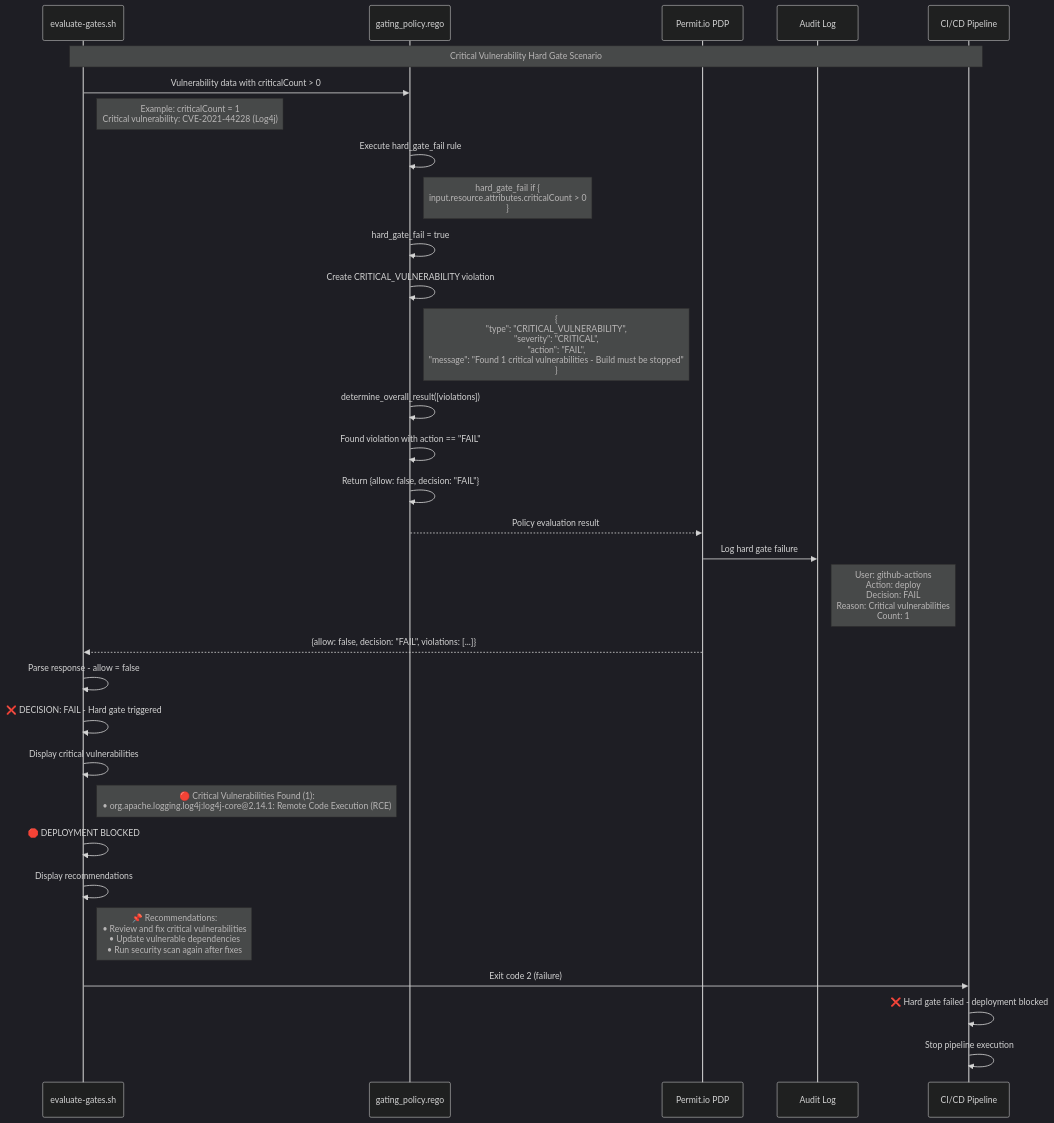
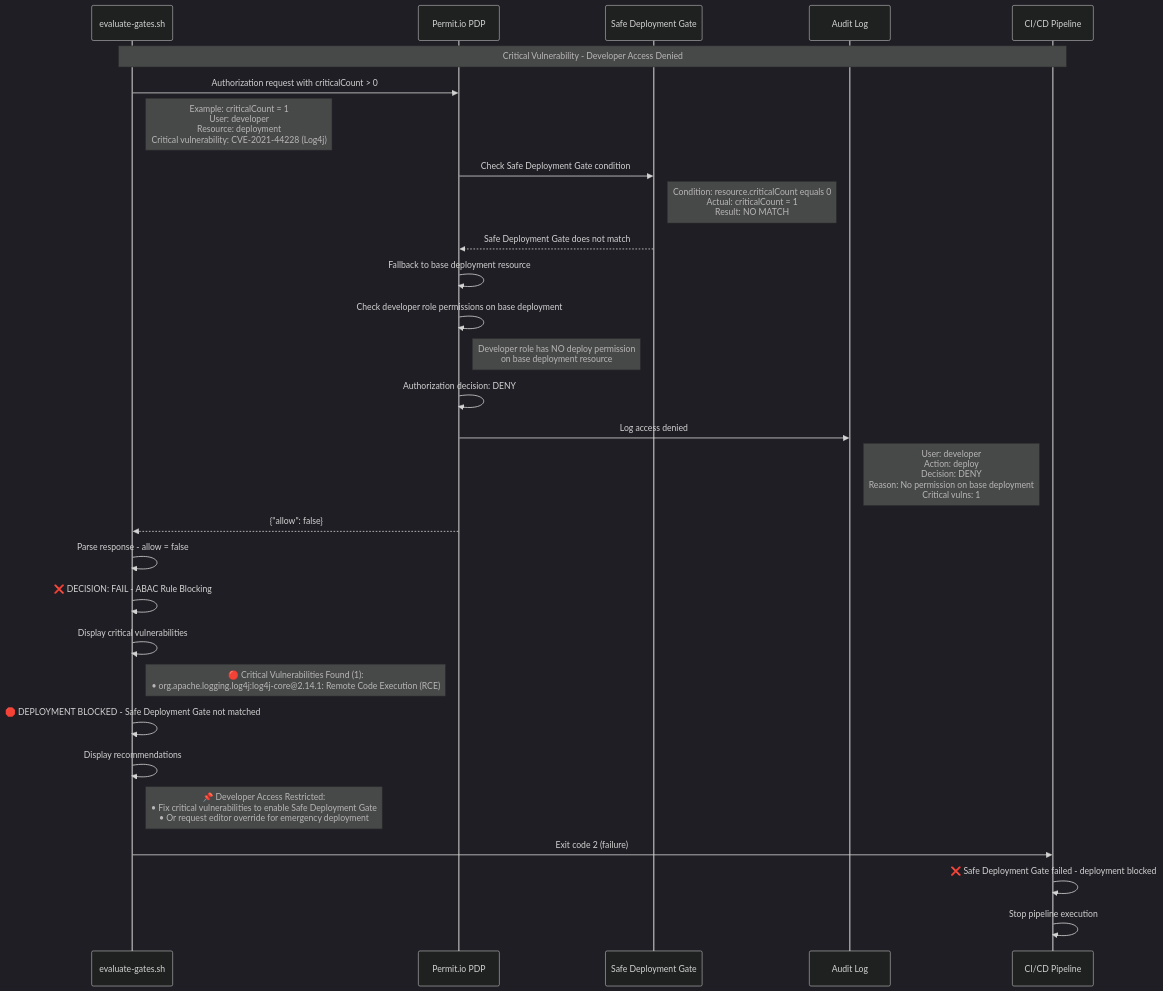
Before and after one commit to AndreaRamirez17/POC_bckup: the second of 7 diagrams in permit-gating/docs/diagrams/gate-decision-matrix.md, drawn with Mermaid (dark theme). The commit also changed other lines of this file and 11 other files, not shown here.

First line of the commit message:
Implement Safe Deployment Gate with dynamic role assignment and optimized architecture

````diff
--- a/permit-gating/docs/diagrams/gate-decision-matrix.md
+++ b/permit-gating/docs/diagrams/gate-decision-matrix.md
@@ -38,43 +41,41 @@
 ```mermaid
 sequenceDiagram
     participant Script as evaluate-gates.sh
-    participant Policy as gating_policy.rego
     participant PDP as Permit.io PDP
+    participant ResourceSet as Safe Deployment Gate
     participant Audit as Audit Log
     participant Pipeline as CI/CD Pipeline
 
-    Note over Script, Pipeline: Critical Vulnerability Hard Gate Scenario
+    Note over Script, Pipeline: Critical Vulnerability - Developer Access Denied
 
-    Script->>Policy: Vulnerability data with criticalCount > 0
-    Note right of Script: Example: criticalCount = 1<br/>Critical vulnerability: CVE-2021-44228 (Log4j)
+    Script->>PDP: Authorization request with criticalCount > 0
+    Note right of Script: Example: criticalCount = 1<br/>User: developer<br/>Resource: deployment<br/>Critical vulnerability: CVE-2021-44228 (Log4j)
 
-    Policy->>Policy: Execute hard_gate_fail rule
-    Note right of Policy: hard_gate_fail if {<br/>    input.resource.attributes.criticalCount > 0<br/>}
+    PDP->>ResourceSet: Check Safe Deployment Gate condition
+    Note right of ResourceSet: Condition: resource.criticalCount equals 0<br/>Actual: criticalCount = 1<br/>Result: NO MATCH
 
-    Policy->>Policy: hard_gate_fail = true
-    Policy->>Policy: Create CRITICAL_VULNERABILITY violation
-    Note right of Policy: {<br/>  "type": "CRITICAL_VULNERABILITY",<br/>  "severity": "CRITICAL",<br/>  "action": "FAIL",<br/>  "message": "Found 1 critical vulnerabilities - Build must be stopped"<br/>}
+    ResourceSet-->>PDP: Safe Deployment Gate does not match
+    PDP->>PDP: Fallback to base deployment resource
+    
+    PDP->>PDP: Check developer role permissions on base deployment
+    Note right of PDP: Developer role has NO deploy permission<br/>on base deployment resource
 
-    Policy->>Policy: determine_overall_result([violations])
-    Policy->>Policy: Found violation with action == "FAIL"
-    Policy->>Policy: Return {allow: false, decision: "FAIL"}
+    PDP->>PDP: Authorization decision: DENY
+    PDP->>Audit: Log access denied
+    Note right of Audit: User: developer<br/>Action: deploy<br/>Decision: DENY<br/>Reason: No permission on base deployment<br/>Critical vulns: 1
 
-    Policy-->>PDP: Policy evaluation result
-    PDP->>Audit: Log hard gate failure
-    Note right of Audit: User: github-actions<br/>Action: deploy<br/>Decision: FAIL<br/>Reason: Critical vulnerabilities<br/>Count: 1
-
-    PDP-->>Script: {allow: false, decision: "FAIL", violations: [...]}
+    PDP-->>Script: {"allow": false}
 
     Script->>Script: Parse response - allow = false
-    Script->>Script: ❌ DECISION: FAIL - Hard gate triggered
+    Script->>Script: ❌ DECISION: FAIL - ABAC Rule Blocking
     Script->>Script: Display critical vulnerabilities
     Note right of Script: 🔴 Critical Vulnerabilities Found (1):<br/>  • org.apache.logging.log4j:log4j-core@2.14.1: Remote Code Execution (RCE)
 
-    Script->>Script: 🛑 DEPLOYMENT BLOCKED
+    Script->>Script: 🛑 DEPLOYMENT BLOCKED - Safe Deployment Gate not matched
     Script->>Script: Display recommendations
-    Note right of Script: 📌 Recommendations:<br/>  • Review and fix critical vulnerabilities<br/>  • Update vulnerable dependencies<br/>  • Run security scan again after fixes
+    Note right of Script: 📌 Developer Access Restricted:<br/>  • Fix critical vulnerabilities to enable Safe Deployment Gate<br/>  • Or request editor override for emergency deployment
 
     Script->>Pipeline: Exit code 2 (failure)
-    Pipeline->>Pipeline: ❌ Hard gate failed - deployment blocked
+    Pipeline->>Pipeline: ❌ Safe Deployment Gate failed - deployment blocked
     Pipeline->>Pipeline: Stop pipeline execution
 ```
````
